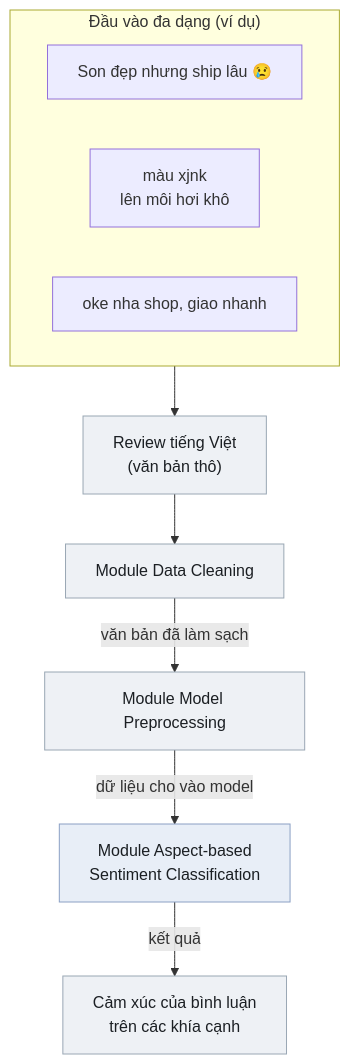
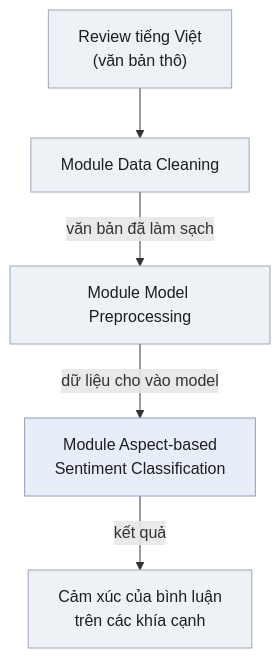
One commit to TrieuKhac-dev/SentimentX changed the diagram in presentations/inference_pipeline.md. Above: the diagram before and after it, drawn with Mermaid.

Commit message:
docs(presentations): start the inference flow at the review

````diff
--- a/presentations/inference_pipeline.md
+++ b/presentations/inference_pipeline.md
@@ -9,25 +9,17 @@
 ```mermaid
 flowchart TD
-    subgraph EX["Đầu vào đa dạng (ví dụ)"]
-        direction LR
-        E1["Son đẹp nhưng ship lâu 😢"]
-        E2["màu xjnk<br/>lên môi hơi khô"]
-        E3["oke nha shop, giao nhanh"]
-    end
-
     RAW["Review tiếng Việt<br/>(văn bản thô)"]:::io
     CLEAN["Module Data Cleaning"]:::step
     PREP["Module Model Preprocessing"]:::step
     CLS["Module Aspect-based<br/>Sentiment Classification"]:::model
     OUT["Cảm xúc của bình luận<br/>trên các khía cạnh"]:::io
 
-    EX --> RAW
     RAW --> CLEAN
     CLEAN -->|văn bản đã làm sạch| PREP
     PREP -->|dữ liệu cho vào model| CLS
     CLS -->|kết quả| OUT
 
     classDef io    fill:#eef1f5,stroke:#9aa7b4,color:#1b1f23,stroke-width:1px;
     classDef step  fill:#eef1f5,stroke:#9aa7b4,color:#1b1f23,stroke-width:1px;
     classDef model fill:#e8eef7,stroke:#8ba0c4,color:#1b1f23,stroke-width:1px;
 ```
````
